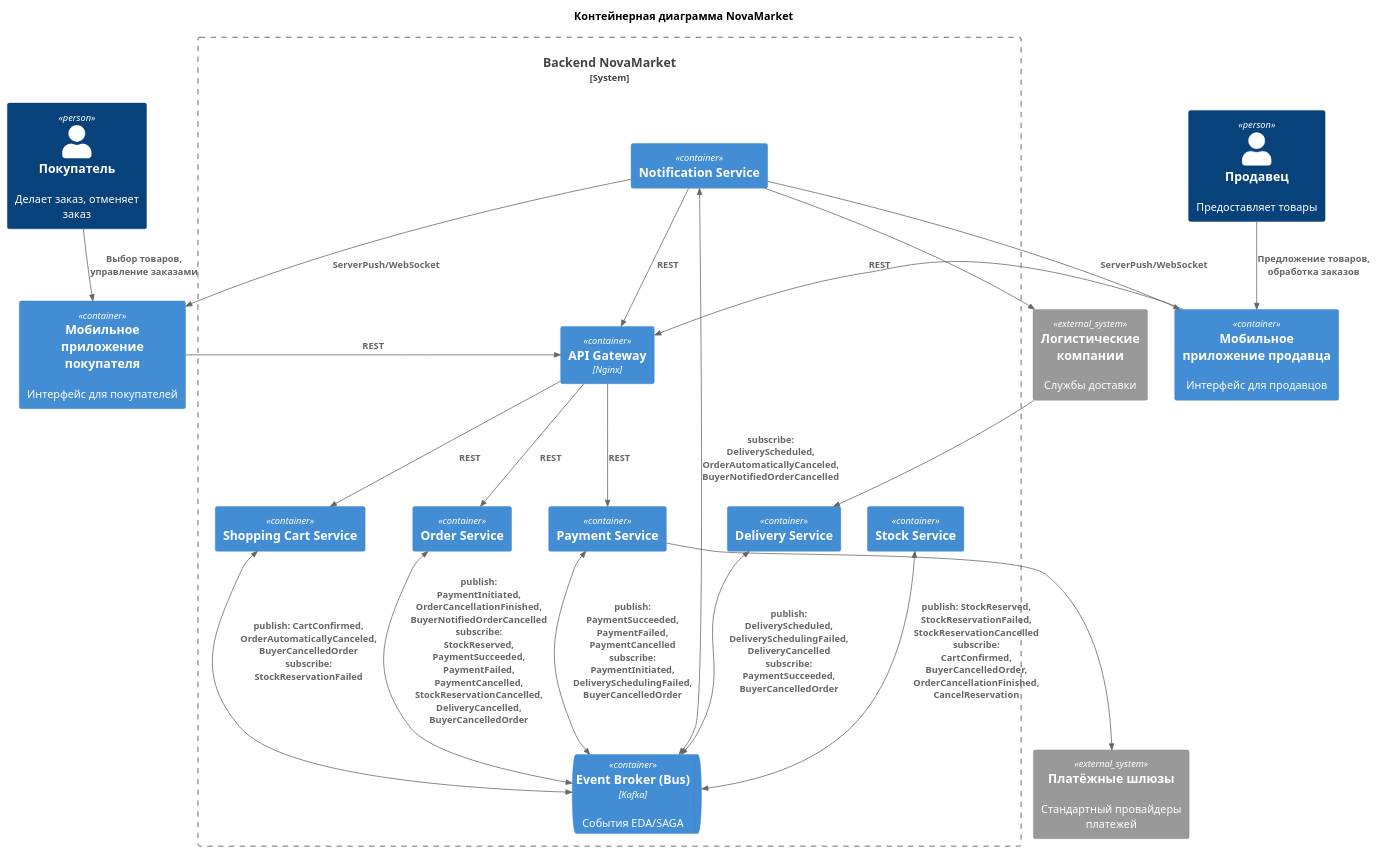
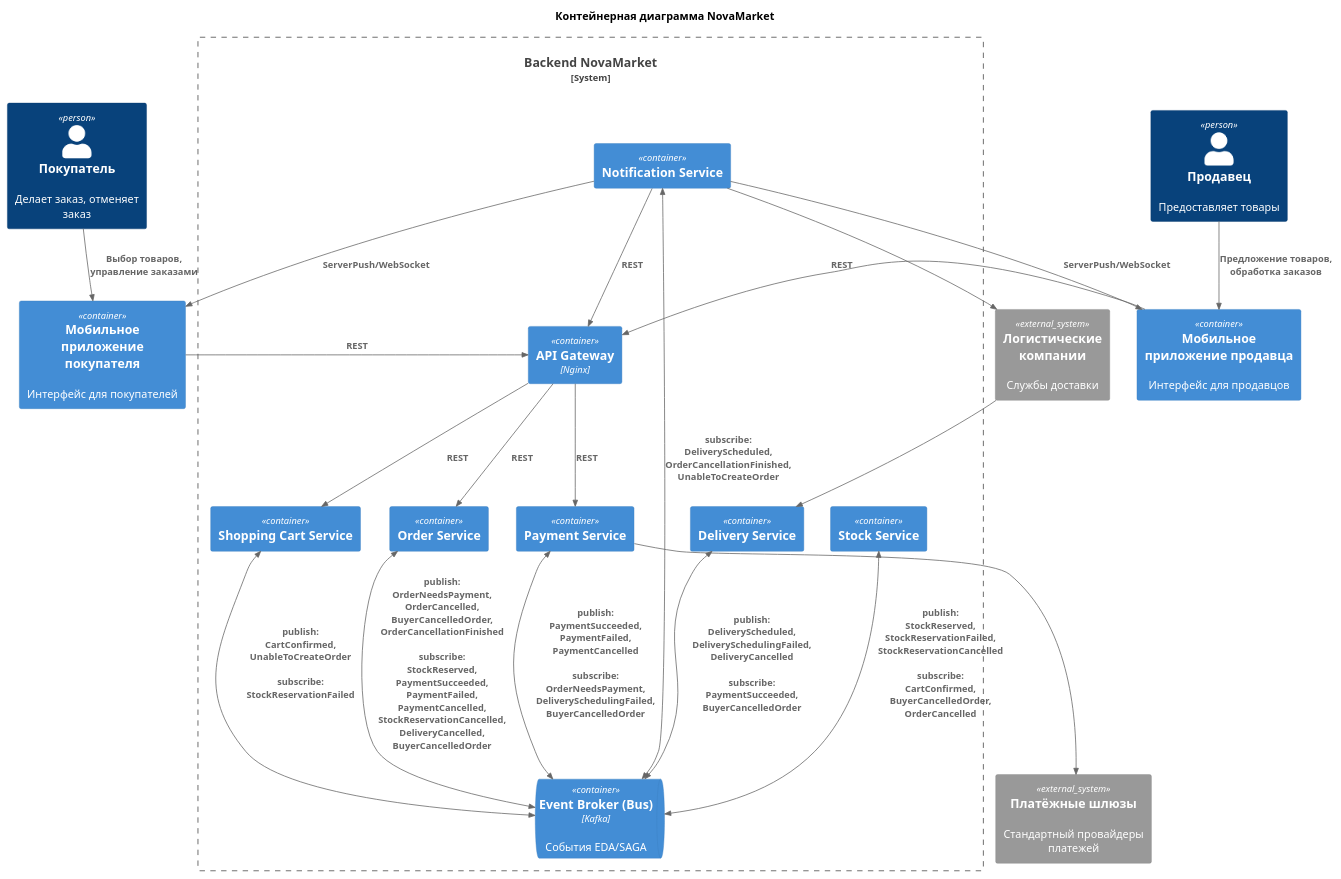
The diagram in Task1/C2.puml (Babikoff/MSA-3-NovaMarket), drawn with PlantUML before and after one commit. The commit also changed 13 other files, not shown here.

```diff
--- a/Task1/C2.puml
+++ b/Task1/C2.puml
@@ -1,62 +1,62 @@
 @startuml C2_NovaMarket
 !include https://raw.githubusercontent.com/plantuml-stdlib/C4-PlantUML/master/C4_Container.puml
 
 title Контейнерная диаграмма NovaMarket
 
 'Акторы
 Person(buyer, "Покупатель", "Делает заказ, отменяет заказ")
 Person(seller, "Продавец", "Предоставляет товары")
 
 Container(buyerMobileApp, "Мобильное приложение покупателя", "", "Интерфейс для покупателей")
 Container(sellerMobileApp, "Мобильное приложение продавца", "", "Интерфейс для продавцов")
 
 System_Ext(paymentGateways, "Платёжные шлюзы", "Стандартный провайдеры платежей")
 System_Ext(logisticsCompanies, "Логистические компании", "Службы доставки")
 
 'Граница облачной системы
 System_Boundary(backend_system, "Backend NovaMarket") {
   Container(apiGateway, "API Gateway", "Nginx", "")
 
   Container(shoppingCartService, "Shopping Cart Service", "", "")
   Container(stockService, "Stock Service", "", "")
   Container(orderService, "Order Service", "", "")
   Container(paymentService, "Payment Service", "", "")
   Container(deliveryService, "Delivery Service", "", "")
   Container(notificationService, "Notification Service", "", "")
 
   ContainerQueue(kafka, "Event Broker (Bus)", "Kafka", "События EDA/SAGA")
 }
 
 'СВЯЗИ
 'Пользователи -> Приложения
 Rel(buyer, buyerMobileApp, "Выбор товаров, управление заказами")
 Rel(seller, sellerMobileApp, "Предложение товаров, обработка заказов")
 
 'Приложения -> API
 Rel(buyerMobileApp, apiGateway, "REST")
 Rel(sellerMobileApp, apiGateway, "REST")
 
 'API -> микросервисы
 Rel(apiGateway, shoppingCartService, "REST")
 Rel(apiGateway, orderService, "REST")
 Rel(apiGateway, paymentService, "REST")
 Rel(notificationService, apiGateway, "REST")
 
 'Нотификации
 Rel(notificationService, buyerMobileApp, "ServerPush/WebSocket")
 Rel(notificationService, sellerMobileApp, "ServerPush/WebSocket")
 
 'Интеграции
 Rel(paymentService, paymentGateways, "")
 Rel(logisticsCompanies, deliveryService, "")
 Rel(notificationService, logisticsCompanies, "")
 
 'Хореография: все микросервисы обмениваются событиями через Event Bus (Kafka)
-BiRel(shoppingCartService, kafka, "publish: CartConfirmed, OrderAutomaticallyCanceled, BuyerCancelledOrder\nsubscribe: StockReservationFailed")
-BiRel(stockService, kafka, "publish: StockReserved, StockReservationFailed, StockReservationCancelled\nsubscribe: CartConfirmed, BuyerCancelledOrder, OrderCancellationFinished, CancelReservation")
-BiRel(orderService, kafka, "publish: PaymentInitiated, OrderCancellationFinished, BuyerNotifiedOrderCancelled\nsubscribe: StockReserved, PaymentSucceeded, PaymentFailed, PaymentCancelled, StockReservationCancelled, DeliveryCancelled, BuyerCancelledOrder")
-BiRel(paymentService, kafka, "publish: PaymentSucceeded, PaymentFailed, PaymentCancelled\nsubscribe: PaymentInitiated, DeliverySchedulingFailed, BuyerCancelledOrder")
-BiRel(deliveryService, kafka, "publish: DeliveryScheduled, DeliverySchedulingFailed, DeliveryCancelled\nsubscribe: PaymentSucceeded, BuyerCancelledOrder")
-BiRel(notificationService, kafka, "subscribe: DeliveryScheduled, OrderAutomaticallyCanceled, BuyerNotifiedOrderCancelled")
+BiRel(shoppingCartService, kafka, "publish:\nCartConfirmed, UnableToCreateOrder\n\nsubscribe:\nStockReservationFailed")
+BiRel(stockService, kafka, "publish:\nStockReserved, StockReservationFailed, StockReservationCancelled\n\nsubscribe:\nCartConfirmed, BuyerCancelledOrder, OrderCancelled")
+BiRel(orderService, kafka, "publish:\nOrderNeedsPayment, OrderCancelled, BuyerCancelledOrder, OrderCancellationFinished\n\nsubscribe:\nStockReserved, PaymentSucceeded, PaymentFailed, PaymentCancelled, StockReservationCancelled, DeliveryCancelled, BuyerCancelledOrder")
+BiRel(paymentService, kafka, "publish:\nPaymentSucceeded, PaymentFailed, PaymentCancelled\n\nsubscribe:\nOrderNeedsPayment, DeliverySchedulingFailed, BuyerCancelledOrder")
+BiRel(deliveryService, kafka, "publish:\nDeliveryScheduled, DeliverySchedulingFailed, DeliveryCancelled\n\nsubscribe:\nPaymentSucceeded, BuyerCancelledOrder")
+BiRel(notificationService, kafka, "subscribe:\nDeliveryScheduled, OrderCancellationFinished, UnableToCreateOrder")
 
 @enduml
```
